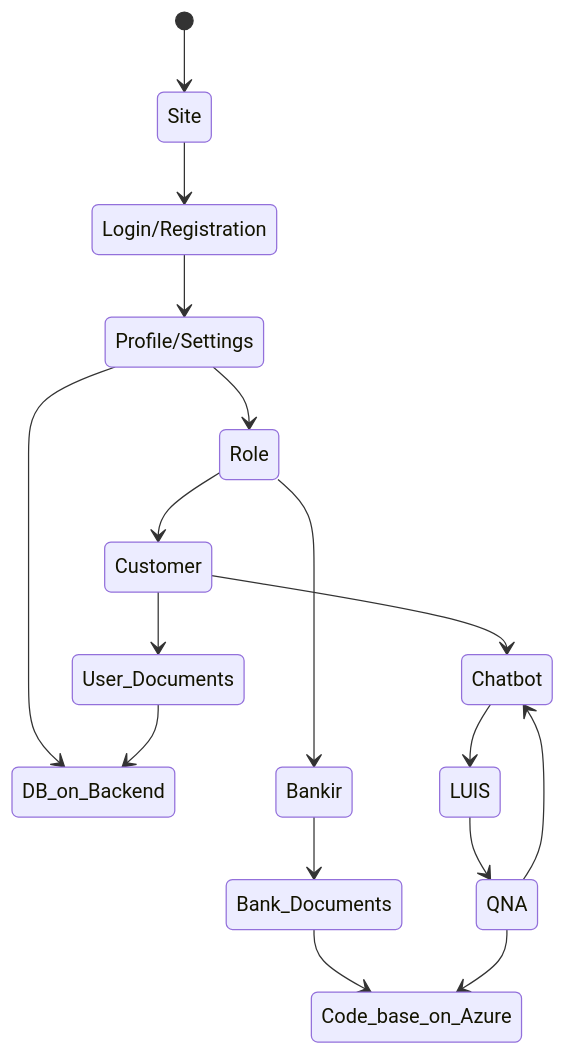
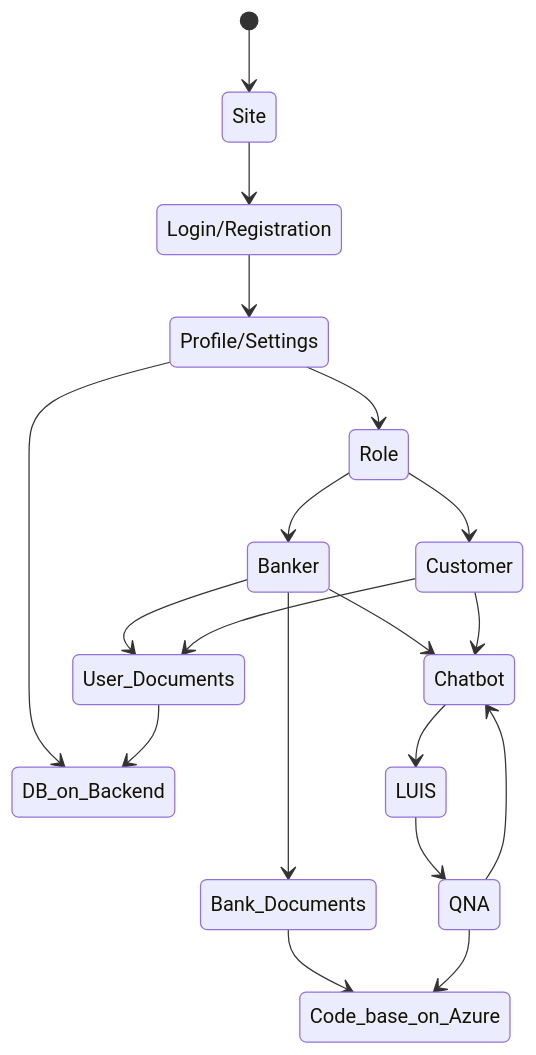
The diagram in README.md (mezgoodle/FundFriend), drawn with Mermaid before and after one commit.

````diff
--- a/README.md
+++ b/README.md
@@ -3,19 +3,21 @@
 ```mermaid
 stateDiagram-v2
     [*] --> Site
     Site --> Login/Registration
     Login/Registration --> Profile/Settings
     Profile/Settings --> DB_on_Backend
     Profile/Settings --> Role
     Role --> Customer
-    Role --> Bankir
-    Bankir --> Bank_Documents
+    Role --> Banker
+    Banker --> Bank_Documents
+    Banker --> Chatbot
+    Banker --> User_Documents
     Bank_Documents --> Code_base_on_Azure
     Customer --> Chatbot
     Customer--> User_Documents
     User_Documents --> DB_on_Backend
     Chatbot --> LUIS
     LUIS --> QNA
     QNA --> Code_base_on_Azure
     QNA --> Chatbot
 ```
````
